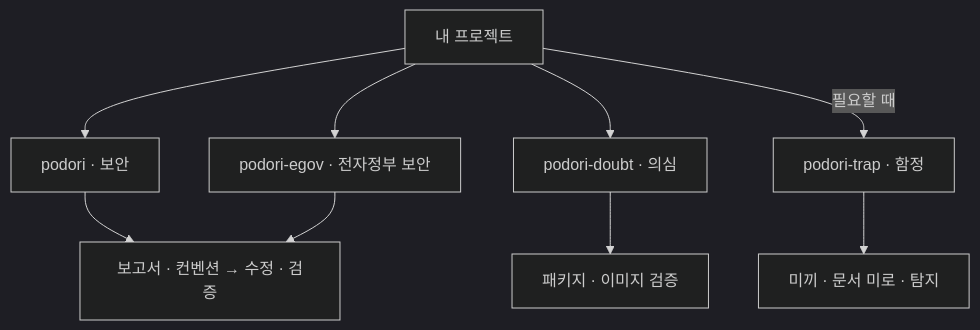
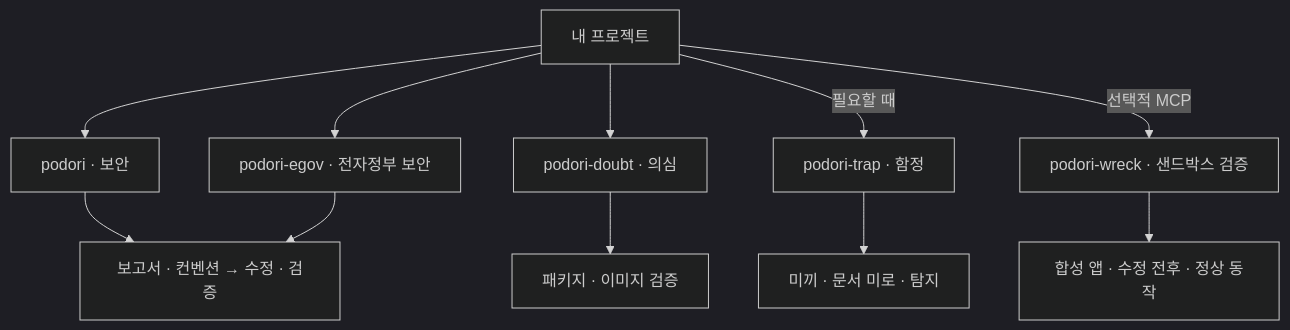
Before and after one commit to VerifiedIdiot/drosera: the diagram in README.md, drawn with Mermaid (dark theme). The commit also changed other lines of this file and 59 other files, not shown here.

````diff
--- a/README.md
+++ b/README.md
@@ -84,12 +111,14 @@
 ```mermaid
 flowchart TD
     project["내 프로젝트"]
     project --> code["podori · 보안"]
     project --> egov["podori-egov · 전자정부 보안"]
     project --> dependency["podori-doubt · 의심"]
     project -->|필요할 때| trap["podori-trap · 함정"]
+    project -->|선택적 MCP| sandbox["podori-wreck · 샌드박스 검증"]
     code --> fix["보고서 · 컨벤션 → 수정 · 검증"]
     egov --> fix
     dependency --> verify["패키지 · 이미지 검증"]
     trap --> decoy["미끼 · 문서 미로 · 탐지"]
+    sandbox --> evidence["합성 앱 · 수정 전후 · 정상 동작"]
 ```
````
